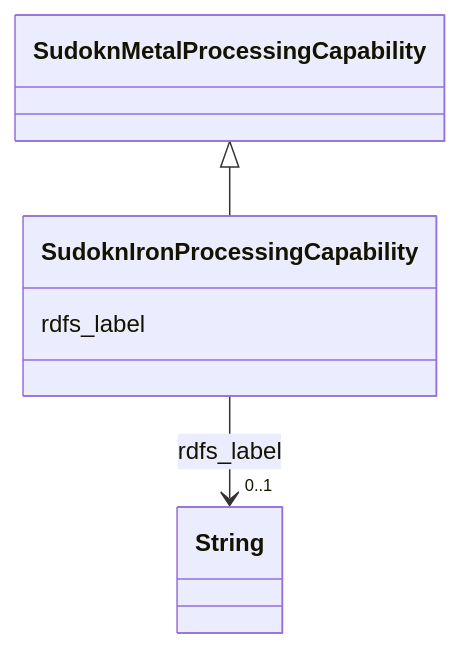
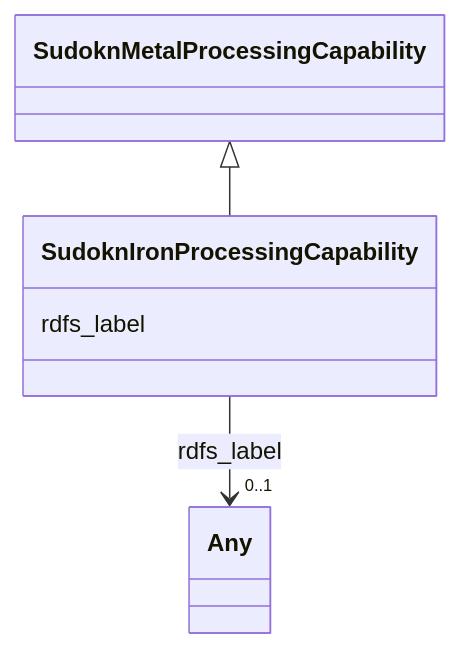
Before and after one commit to frink-okn/graph-descriptions: the diagram in sudokn-kg/classes/SudoknIronProcessingCapability.md, drawn with Mermaid. The commit also changed other lines of this file and 903 other files, not shown here.

````diff
--- a/sudokn-kg/classes/SudoknIronProcessingCapability.md
+++ b/sudokn-kg/classes/SudoknIronProcessingCapability.md
@@ -23,18 +18,18 @@
 ```mermaid
  classDiagram
     class SudoknIronProcessingCapability
     click SudoknIronProcessingCapability href "../SudoknIronProcessingCapability"
       SudoknMetalProcessingCapability <|-- SudoknIronProcessingCapability
         click SudoknMetalProcessingCapability href "../SudoknMetalProcessingCapability"
       
       SudoknIronProcessingCapability : rdfs_label
         
           
     
     
-    SudoknIronProcessingCapability --> "0..1" String : rdfs_label
-    click String href "../String"
+    SudoknIronProcessingCapability --> "0..1" Any : rdfs_label
+    click Any href "../Any"
 
         
       
 ```
````
